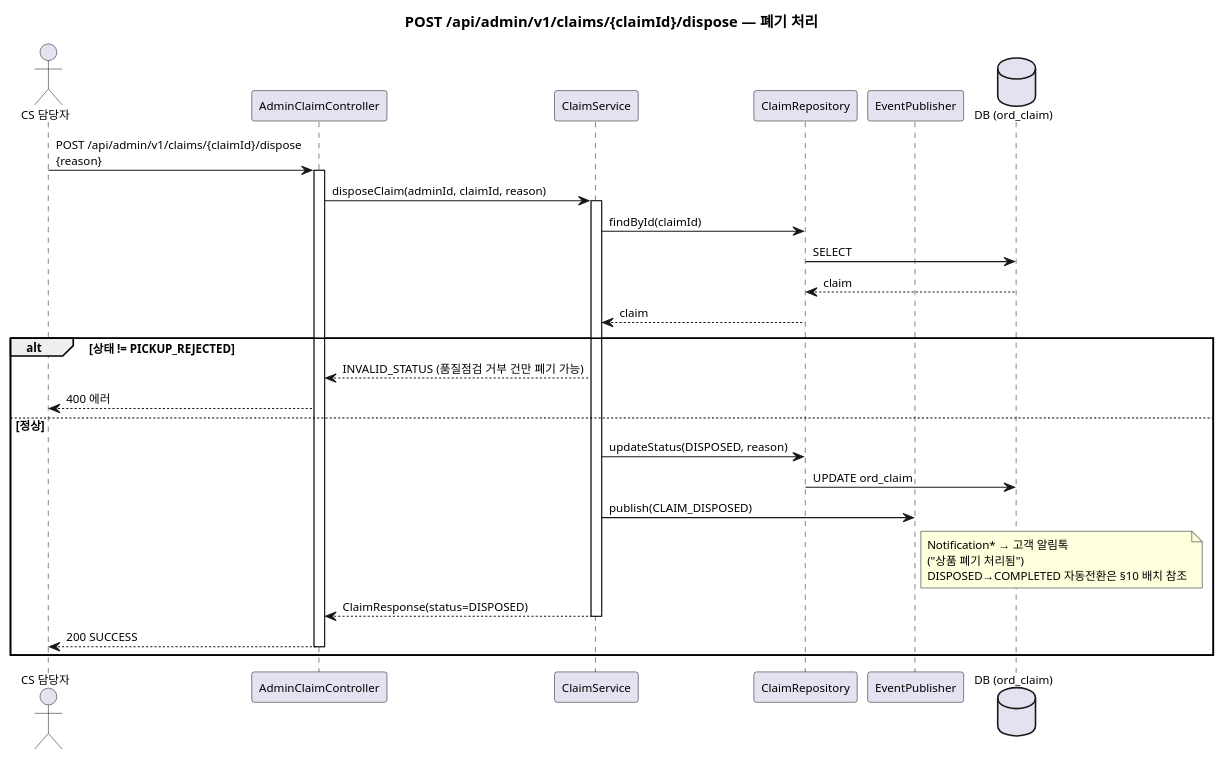
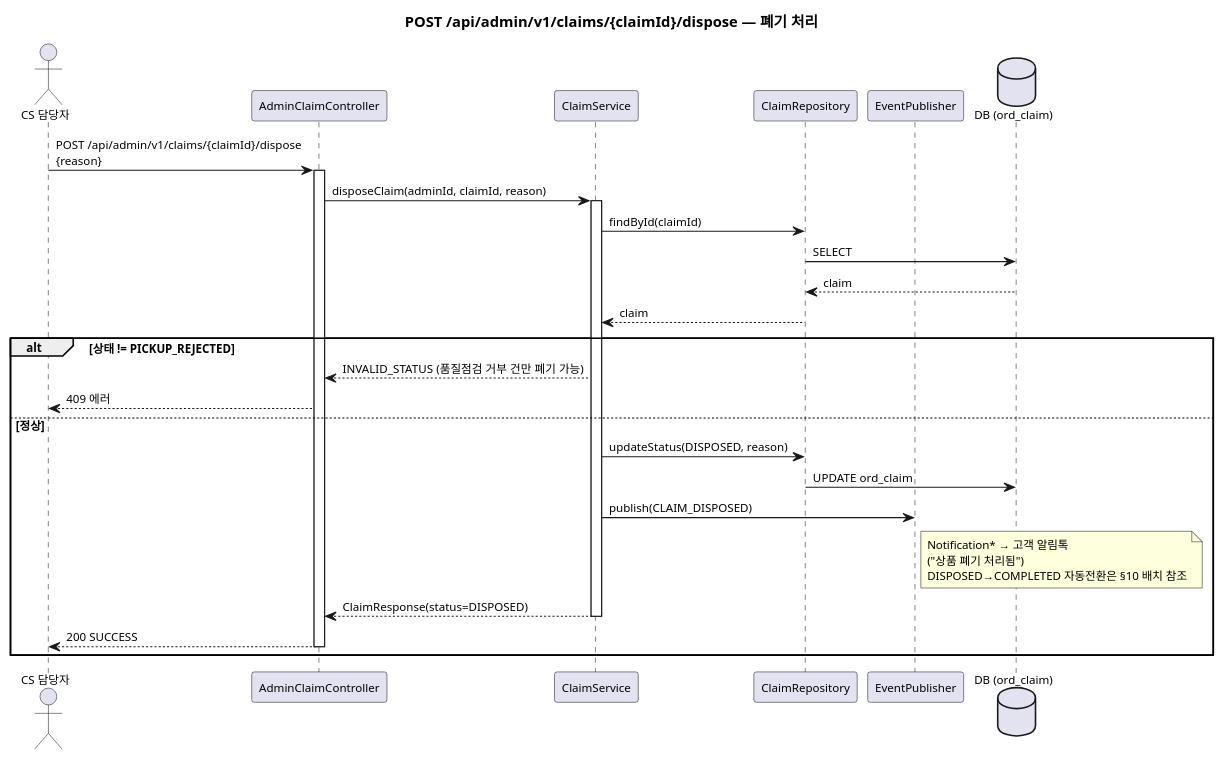
Before and after one commit to parknahyun/runNShop: diagram 24 of 26 in docs/자산화-단계별/S3-상세설계/DM-시퀀스(Order-Payment).md, drawn with PlantUML. The commit also changed other lines of this file and 39 other files, not shown here.

````diff
--- a/docs/자산화-단계별/S3-상세설계/DM-시퀀스(Order-Payment).md
+++ b/docs/자산화-단계별/S3-상세설계/DM-시퀀스(Order-Payment).md
@@ -1309,42 +1309,42 @@
 ```plantuml
 @startuml
 skinparam backgroundColor transparent
 skinparam defaultFontSize 11
 title POST /api/admin/v1/claims/{claimId}/dispose — 폐기 처리
 
 actor "CS 담당자" as Admin
 participant "AdminClaimController" as ACC
 participant "ClaimService" as CS
 participant "ClaimRepository" as CR
 participant "EventPublisher" as EP
 database "DB (ord_claim)" as DB
 
 Admin -> ACC : POST /api/admin/v1/claims/{claimId}/dispose\n{reason}
 activate ACC
 
 ACC -> CS : disposeClaim(adminId, claimId, reason)
 activate CS
 
 CS -> CR : findById(claimId)
 CR -> DB : SELECT
 DB --> CR : claim
 CR --> CS : claim
 
 alt 상태 != PICKUP_REJECTED
   CS --> ACC : INVALID_STATUS (품질점검 거부 건만 폐기 가능)
-  ACC --> Admin : 400 에러
+  ACC --> Admin : 409 에러
 else 정상
   CS -> CR : updateStatus(DISPOSED, reason)
   CR -> DB : UPDATE ord_claim
 
   CS -> EP : publish(CLAIM_DISPOSED)
   note right of EP: Notification* → 고객 알림톡\n("상품 폐기 처리됨")\nDISPOSED→COMPLETED 자동전환은 §10 배치 참조
 
   CS --> ACC : ClaimResponse(status=DISPOSED)
   deactivate CS
   ACC --> Admin : 200 SUCCESS
   deactivate ACC
 end
 
 @enduml
 ```
````
